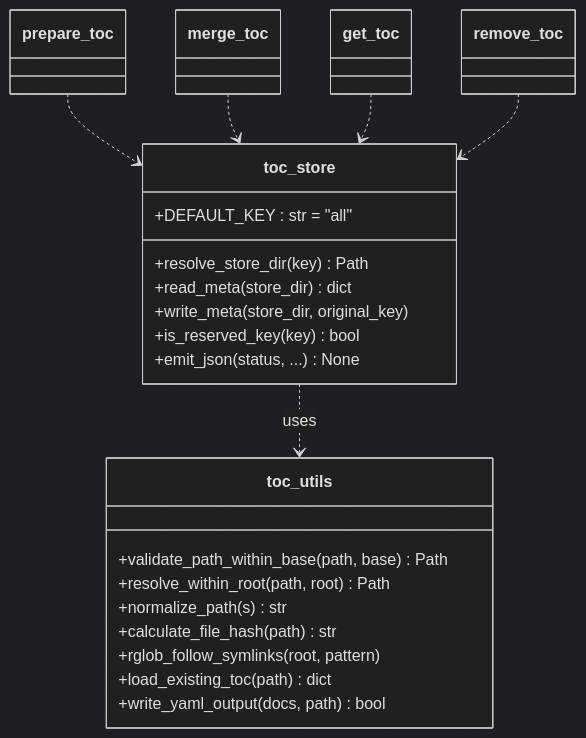
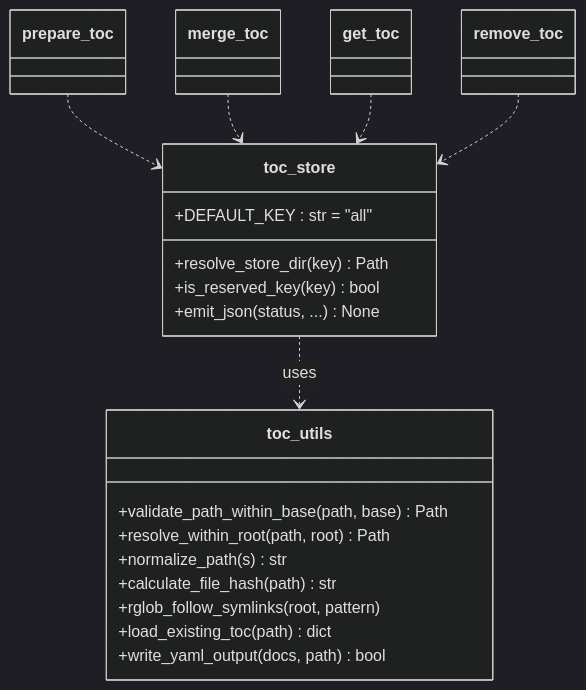
Before and after one commit to BlueEventHorizon/DocAdvisor-CC: the second of 7 diagrams in docs/specs/base/design/DES-005_toc_generation_flow.md, drawn with Mermaid (dark theme). The commit also changed other lines of this file and 23 other files, not shown here.

Commit message:
refactor: simplify store_dir path and remove meta.yaml

````diff
--- a/docs/specs/base/design/DES-005_toc_generation_flow.md
+++ b/docs/specs/base/design/DES-005_toc_generation_flow.md
@@ -157,25 +156,23 @@
 ```mermaid
 classDiagram
     class toc_store {
         +resolve_store_dir(key) Path
-        +read_meta(store_dir) dict
-        +write_meta(store_dir, original_key)
         +is_reserved_key(key) bool
         +emit_json(status, ...) None
         +DEFAULT_KEY : str = "all"
     }
     class toc_utils {
         +validate_path_within_base(path, base) Path
         +resolve_within_root(path, root) Path
         +normalize_path(s) str
         +calculate_file_hash(path) str
         +rglob_follow_symlinks(root, pattern)
         +load_existing_toc(path) dict
         +write_yaml_output(docs, path) bool
     }
     toc_store ..> toc_utils : uses
     prepare_toc ..> toc_store
     merge_toc ..> toc_store
     get_toc ..> toc_store
     remove_toc ..> toc_store
 ```
````
